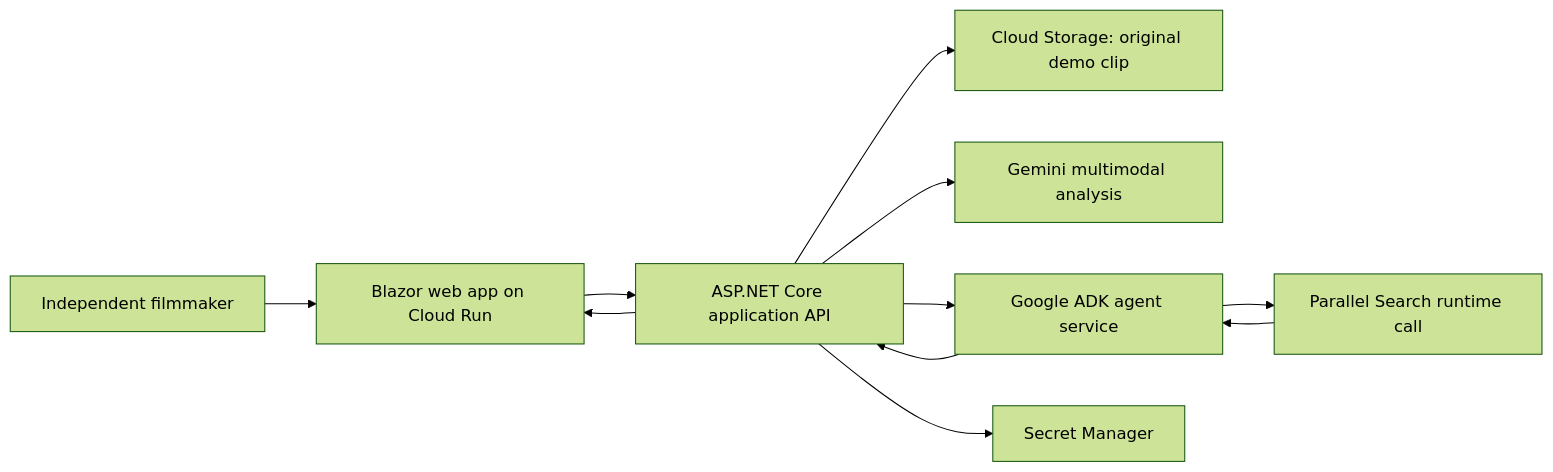
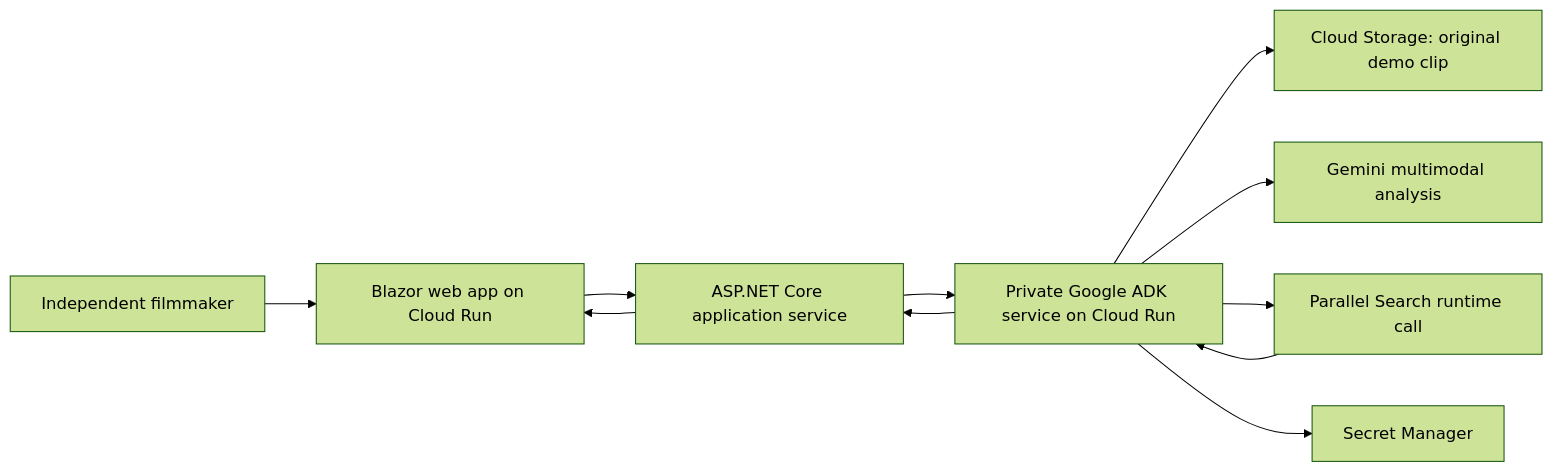
One commit to jlhpacheco/clearcut changed the first of 2 diagrams in docs/ARCHITECTURE.md. Above: the diagram before and after it, drawn with Mermaid (forest theme). The commit also changed other lines of this file and 3 other files, not shown here.

````diff
--- a/docs/ARCHITECTURE.md
+++ b/docs/ARCHITECTURE.md
@@ -9,13 +9,13 @@
 ```mermaid
 flowchart LR
     U["Independent filmmaker"] --> W["Blazor web app on Cloud Run"]
-    W --> A["ASP.NET Core application API"]
-    A --> S["Cloud Storage: original demo clip"]
-    A --> G["Gemini multimodal analysis"]
-    A --> D["Google ADK agent service"]
+    W --> A["ASP.NET Core application service"]
+    A --> D["Private Google ADK service on Cloud Run"]
+    D --> S["Cloud Storage: original demo clip"]
+    D --> G["Gemini multimodal analysis"]
     D --> P["Parallel Search runtime call"]
     P --> D
     D --> A
     A --> W
-    A --> M["Secret Manager"]
+    D --> M["Secret Manager"]
 ```
````
